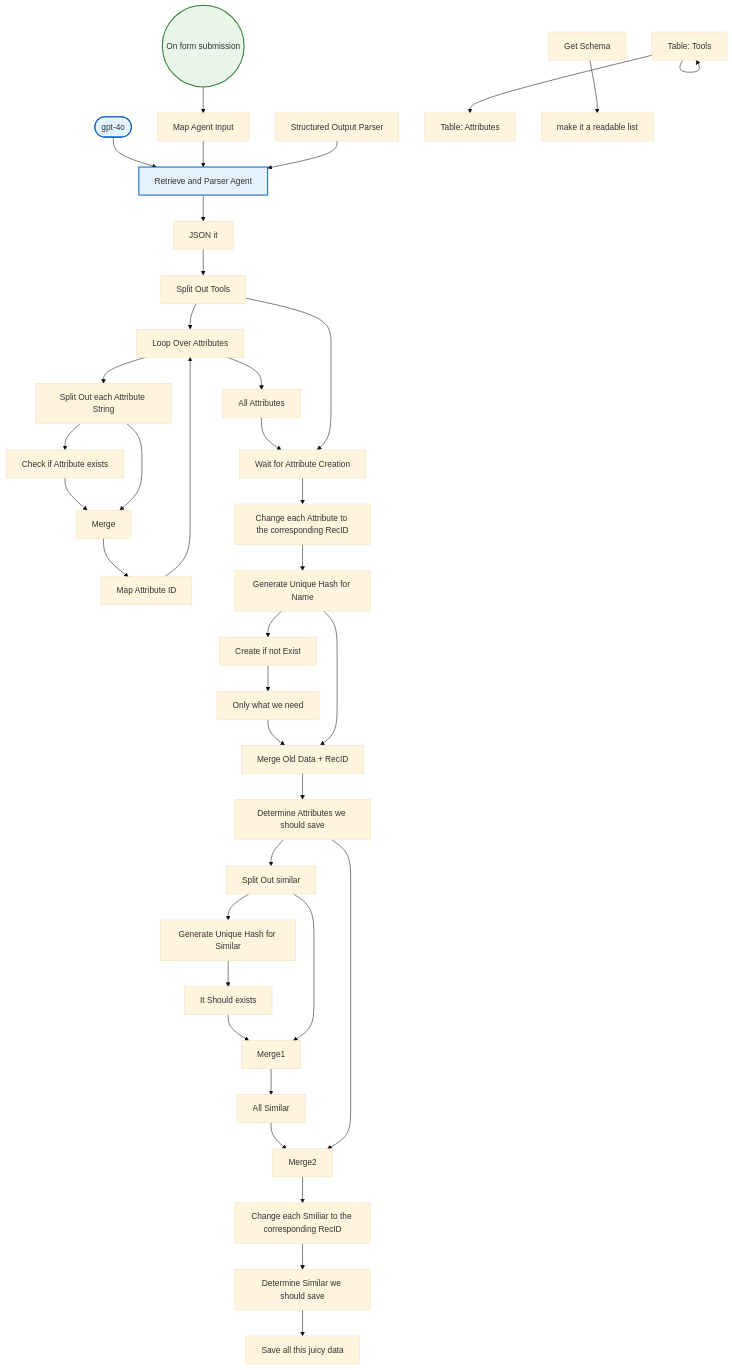
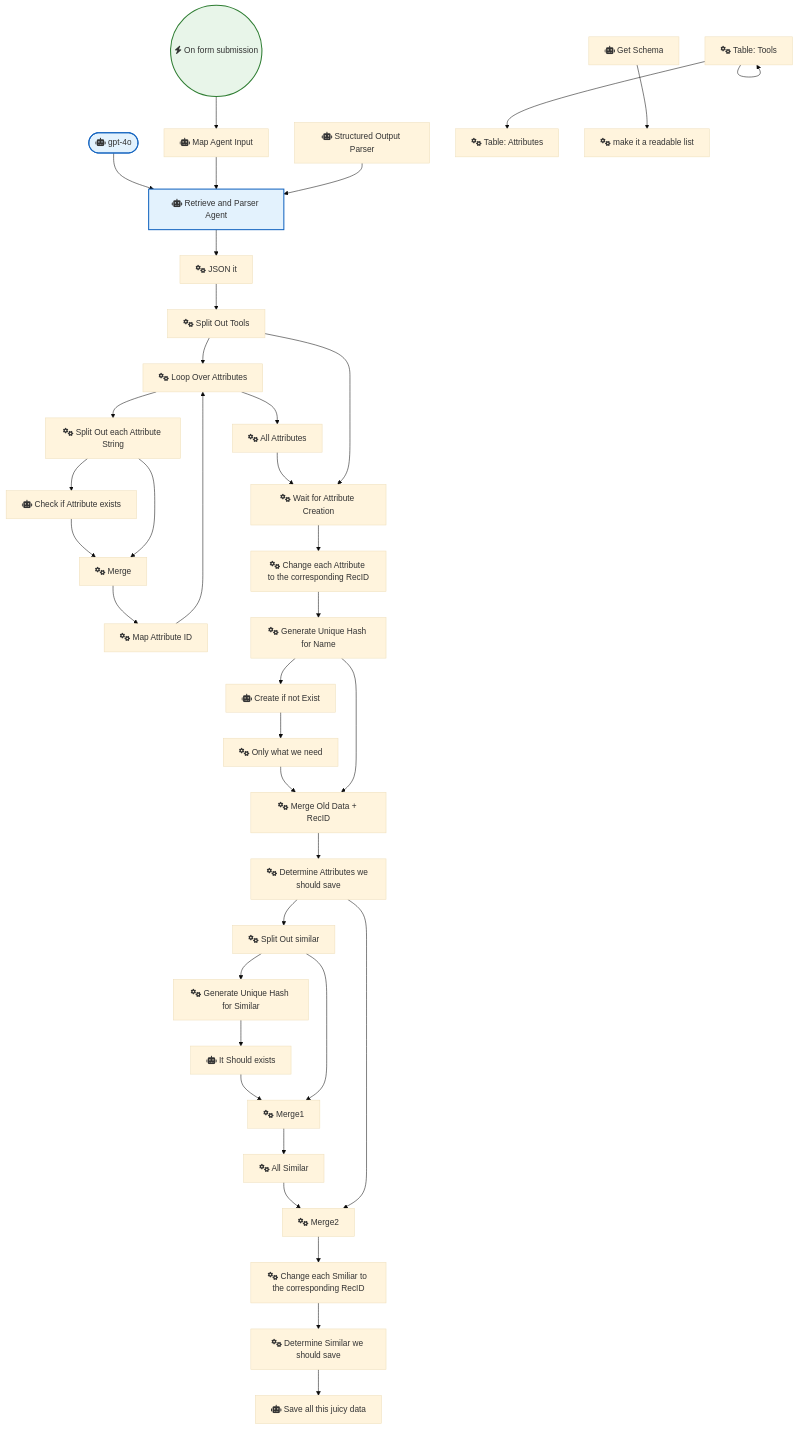
The diagram in Google_Drive_and_Google_Sheets/Ai Logo Sheet Extractor to Airtable.md (sreyash3105/N8N-DEMO-AUTOMATIONS), drawn with Mermaid (base theme) before and after one commit. The commit also changed 291 other files, not shown here.

````diff
--- a/Google_Drive_and_Google_Sheets/Ai Logo Sheet Extractor to Airtable.md
+++ b/Google_Drive_and_Google_Sheets/Ai Logo Sheet Extractor to Airtable.md
@@ -1,78 +1,78 @@
 ```mermaid
 graph TD
     classDef trigger fill:#e8f5e9,stroke:#2e7d32,stroke-width:2px;
     classDef ai fill:#e3f2fd,stroke:#1565c0,stroke-width:2px;
     classDef logic fill:#fff3e0,stroke:#ef6c00,stroke-width:2px;
 
-    On_form_submission(("On form submission")):::trigger
-    Retrieve_and_Parser_Agent["Retrieve and Parser Agent"]:::ai
-    JSON_it["JSON it"]
-    Structured_Output_Parser["Structured Output Parser"]
-    Check_if_Attribute_exists["Check if Attribute exists"]
-    Merge["Merge"]
-    Map_Attribute_ID["Map Attribute ID"]
-    Loop_Over_Attributes["Loop Over Attributes"]
-    All_Attributes["All Attributes"]
-    Wait_for_Attribute_Creation["Wait for Attribute Creation"]
-    Change_each_Attribute_to_the_corresponding_RecID["Change each Attribute to the corresponding RecID"]
-    Split_Out_Tools["Split Out Tools"]
-    Split_Out_each_Attribute_String["Split Out each Attribute String"]
-    Generate_Unique_Hash_for_Name["Generate Unique Hash for Name"]
-    Create_if_not_Exist["Create if not Exist"]
-    Merge_Old_Data___RecID["Merge Old Data + RecID"]
-    Only_what_we_need["Only what we need"]
-    Determine_Attributes_we_should_save["Determine Attributes we should save"]
-    Split_Out_similar["Split Out similar"]
-    Merge1["Merge1"]
-    Generate_Unique_Hash_for_Similar["Generate Unique Hash for Similar"]
-    It_Should_exists["It Should exists"]
-    All_Similar["All Similar"]
-    Merge2["Merge2"]
-    Change_each_Smiliar_to_the_corresponding_RecID["Change each Smiliar to the corresponding RecID"]
-    Determine_Similar_we_should_save["Determine Similar we should save"]
-    Save_all_this_juicy_data["Save all this juicy data"]
-    Map_Agent_Input["Map Agent Input"]
-    gpt_4o(["gpt-4o"]):::ai
-    Table__Tools["Table: Tools"]
-    Table__Attributes["Table: Attributes"]
-    make_it_a_readable_list["make it a readable list"]
-    Get_Schema["Get Schema"]
+    On_form_submission(("fas:fa-bolt On form submission")):::trigger
+    Retrieve_and_Parser_Agent["fas:fa-robot Retrieve and Parser Agent"]:::ai
+    JSON_it["fas:fa-cogs JSON it"]
+    Structured_Output_Parser["fas:fa-robot Structured Output Parser"]
+    Check_if_Attribute_exists["fas:fa-robot Check if Attribute exists"]
+    Merge["fas:fa-cogs Merge"]
+    Map_Attribute_ID["fas:fa-cogs Map Attribute ID"]
+    Loop_Over_Attributes["fas:fa-cogs Loop Over Attributes"]
+    All_Attributes["fas:fa-cogs All Attributes"]
+    Wait_for_Attribute_Creation["fas:fa-cogs Wait for Attribute Creation"]
+    Change_each_Attribute_to_the_corresponding_RecID["fas:fa-cogs Change each Attribute to the corresponding RecID"]
+    Split_Out_Tools["fas:fa-cogs Split Out Tools"]
+    Split_Out_each_Attribute_String["fas:fa-cogs Split Out each Attribute String"]
+    Generate_Unique_Hash_for_Name["fas:fa-cogs Generate Unique Hash for Name"]
+    Create_if_not_Exist["fas:fa-robot Create if not Exist"]
+    Merge_Old_Data___RecID["fas:fa-cogs Merge Old Data + RecID"]
+    Only_what_we_need["fas:fa-cogs Only what we need"]
+    Determine_Attributes_we_should_save["fas:fa-cogs Determine Attributes we should save"]
+    Split_Out_similar["fas:fa-cogs Split Out similar"]
+    Merge1["fas:fa-cogs Merge1"]
+    Generate_Unique_Hash_for_Similar["fas:fa-cogs Generate Unique Hash for Similar"]
+    It_Should_exists["fas:fa-robot It Should exists"]
+    All_Similar["fas:fa-cogs All Similar"]
+    Merge2["fas:fa-cogs Merge2"]
+    Change_each_Smiliar_to_the_corresponding_RecID["fas:fa-cogs Change each Smiliar to the corresponding RecID"]
+    Determine_Similar_we_should_save["fas:fa-cogs Determine Similar we should save"]
+    Save_all_this_juicy_data["fas:fa-robot Save all this juicy data"]
+    Map_Agent_Input["fas:fa-robot Map Agent Input"]
+    gpt_4o(["fas:fa-robot gpt-4o"]):::ai
+    Table__Tools["fas:fa-cogs Table: Tools"]
+    Table__Attributes["fas:fa-cogs Table: Attributes"]
+    make_it_a_readable_list["fas:fa-cogs make it a readable list"]
+    Get_Schema["fas:fa-robot Get Schema"]
 
     Merge --> Map_Attribute_ID
     Merge1 --> All_Similar
     Merge2 --> Change_each_Smiliar_to_the_corresponding_RecID
     gpt_4o --> Retrieve_and_Parser_Agent
     JSON_it --> Split_Out_Tools
     Get_Schema --> make_it_a_readable_list
     All_Similar --> Merge2
     Table__Tools --> Table__Tools
     Table__Tools --> Table__Attributes
     All_Attributes --> Wait_for_Attribute_Creation
     Map_Agent_Input --> Retrieve_and_Parser_Agent
     Split_Out_Tools --> Loop_Over_Attributes
     Split_Out_Tools --> Wait_for_Attribute_Creation
     It_Should_exists --> Merge1
     Map_Attribute_ID --> Loop_Over_Attributes
     Only_what_we_need --> Merge_Old_Data___RecID
     Split_Out_similar --> Generate_Unique_Hash_for_Similar
     Split_Out_similar --> Merge1
     On_form_submission --> Map_Agent_Input
     Create_if_not_Exist --> Only_what_we_need
     Loop_Over_Attributes --> All_Attributes
     Loop_Over_Attributes --> Split_Out_each_Attribute_String
     Merge_Old_Data___RecID --> Determine_Attributes_we_should_save
     Structured_Output_Parser --> Retrieve_and_Parser_Agent
     Check_if_Attribute_exists --> Merge
     Retrieve_and_Parser_Agent --> JSON_it
     Wait_for_Attribute_Creation --> Change_each_Attribute_to_the_corresponding_RecID
     Generate_Unique_Hash_for_Name --> Create_if_not_Exist
     Generate_Unique_Hash_for_Name --> Merge_Old_Data___RecID
     Split_Out_each_Attribute_String --> Check_if_Attribute_exists
     Split_Out_each_Attribute_String --> Merge
     Determine_Similar_we_should_save --> Save_all_this_juicy_data
     Generate_Unique_Hash_for_Similar --> It_Should_exists
     Determine_Attributes_we_should_save --> Split_Out_similar
     Determine_Attributes_we_should_save --> Merge2
     Change_each_Smiliar_to_the_corresponding_RecID --> Determine_Similar_we_should_save
     Change_each_Attribute_to_the_corresponding_RecID --> Generate_Unique_Hash_for_Name
 ```
````
